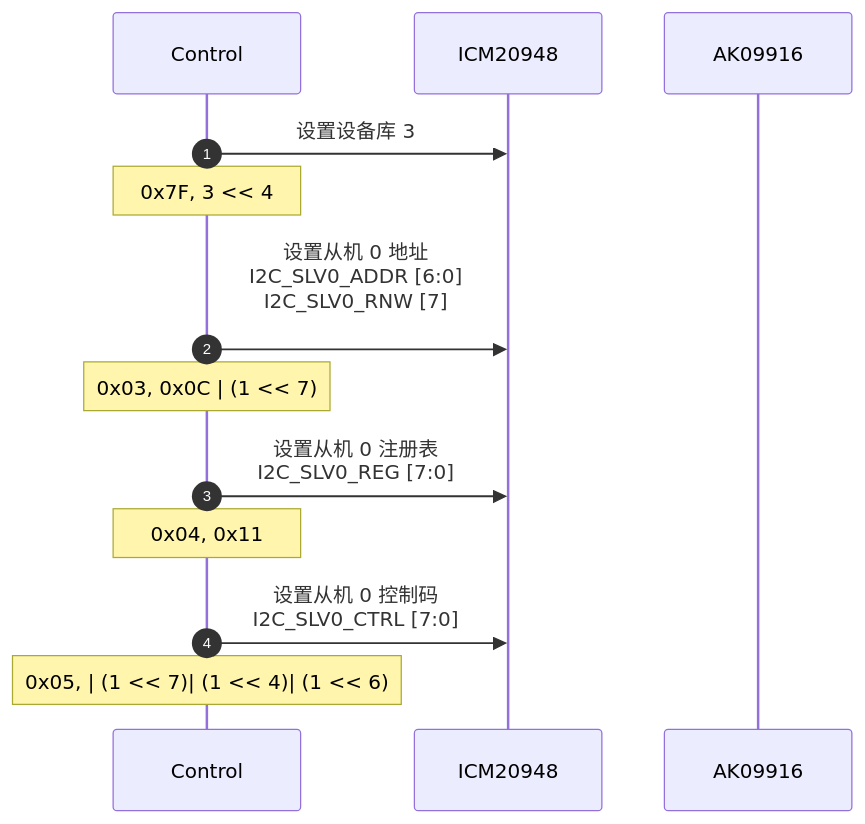
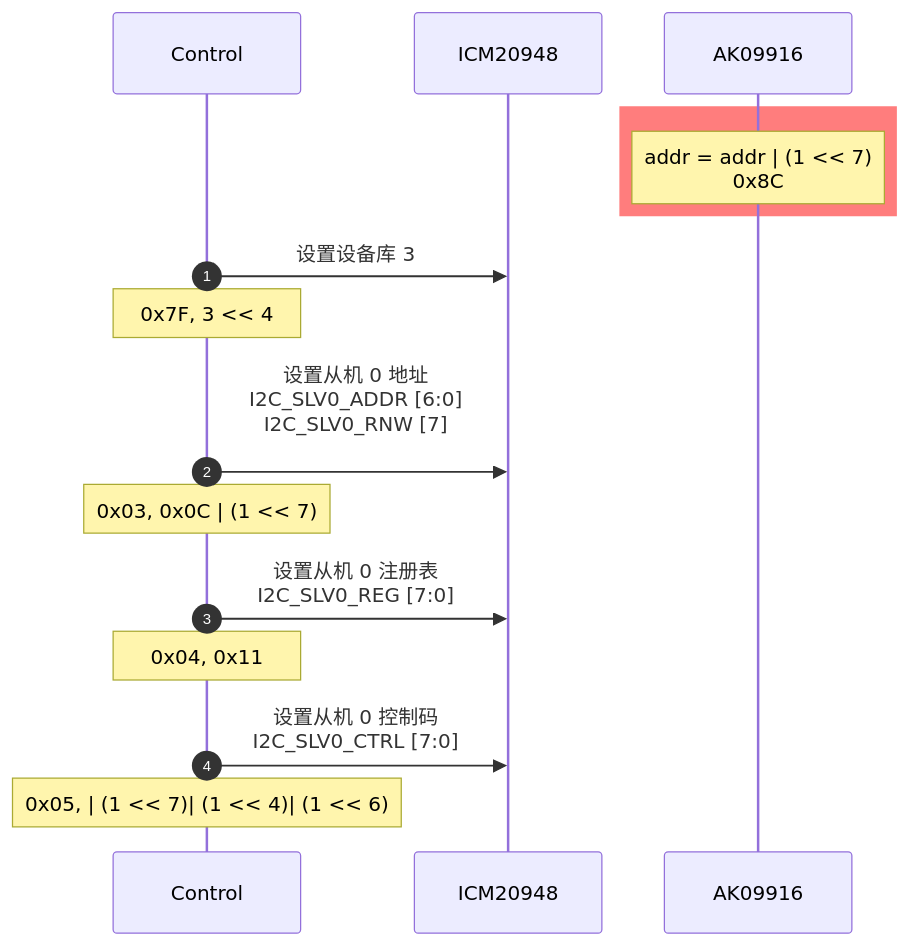
The sixth of 6 diagrams in _posts/2025-04-06-mdchart.md (hkdickyko/hkdickyko.github.io), drawn with Mermaid before and after one commit. The commit also changed other lines of this file, not shown here.

```diff
--- a/_posts/2025-04-06-mdchart.md
+++ b/_posts/2025-04-06-mdchart.md
@@ -358,15 +358,18 @@
 <div class="mermaid">
 sequenceDiagram;
    autonumber;
    participant C as Control;
    participant I as ICM20948;
    participant A as AK09916; 
+   rect rgb(255,125,125);
+   note over A: addr = addr | (1 << 7)<br/>0x8C;
+   end;
    C->>I: 设置设备库 3;
    note over C: 0x7F, 3 << 4;
    C->>I: 设置从机 0 地址<br/>I2C_SLV0_ADDR [6:0]<br/>I2C_SLV0_RNW [7]<br/>;
    note over C: 0x03, 0x0C | (1 << 7);
    C->>I: 设置从机 0 注册表<br/>I2C_SLV0_REG [7:0];
    note over C: 0x04, 0x11;
    C->>I: 设置从机 0 控制码<br/>I2C_SLV0_CTRL [7:0];
    note over C: 0x05, | (1 << 7)| (1 << 4)| (1 << 6);
 </div>
```
